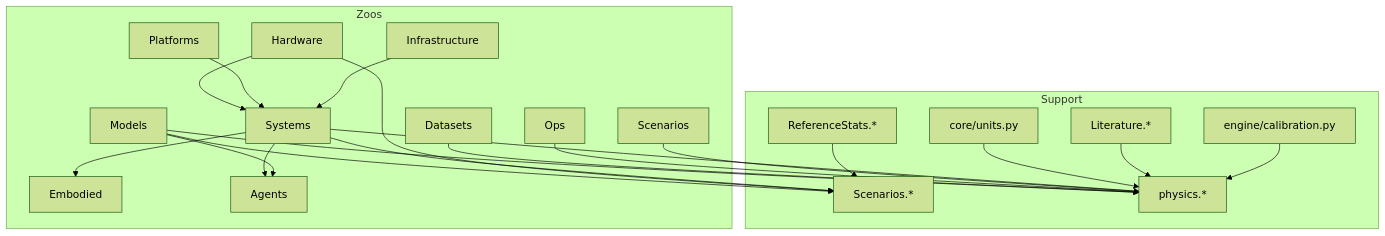
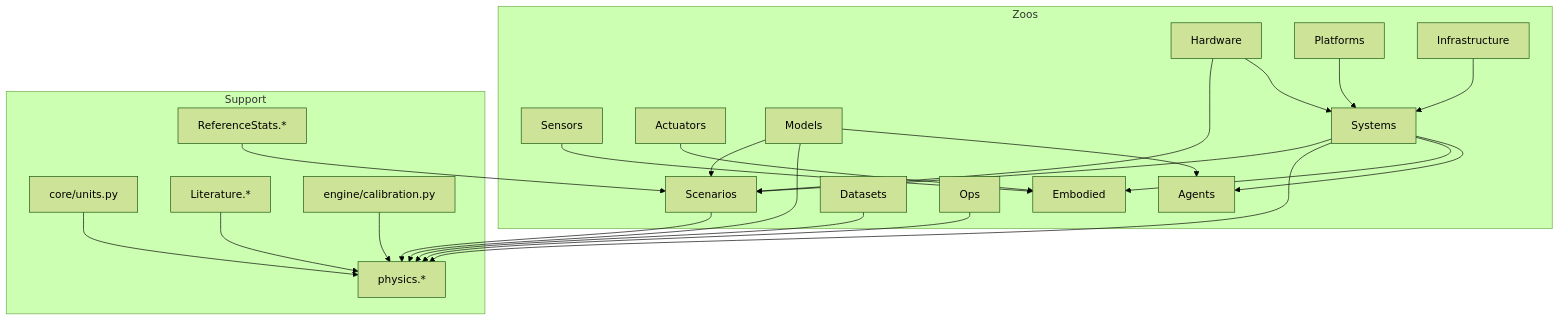
One commit to harvard-edge/cs249r_book changed the diagram in mlsysim/docs/DATA_MODEL.md. Above: the diagram before and after it, drawn with Mermaid (forest theme). The commit also changed other lines of this file and 17 other files, not shown here.

````diff
--- a/mlsysim/docs/DATA_MODEL.md
+++ b/mlsysim/docs/DATA_MODEL.md
@@ -65,41 +65,44 @@
 ```mermaid
 flowchart TB
   subgraph zoos [Zoos]
     Hardware
     Embodied
+    Sensors
+    Actuators
     Agents
     Models
     Datasets
     Platforms
     Infrastructure
     Systems
     Ops
     Scenarios
   end
   subgraph support [Support]
     units[core/units.py]
     literature[Literature.*]
-    scenarios[Scenarios.*]
     referenceStats[ReferenceStats.*]
     calibration[engine/calibration.py]
     physics[physics.*]
   end
   Hardware --> Systems
   Platforms --> Systems
   Infrastructure --> Systems
+  Sensors --> Embodied
+  Actuators --> Embodied
   Systems --> Agents
   Systems --> Embodied
   Models --> Agents
   Models --> physics
   Datasets --> physics
   units --> physics
   literature --> physics
   Ops --> physics
   Scenarios --> physics
   calibration --> physics
   Systems --> physics
-  Models --> scenarios
-  Hardware --> scenarios
-  Systems --> scenarios
-  referenceStats --> scenarios
+  Models --> Scenarios
+  Hardware --> Scenarios
+  Systems --> Scenarios
+  referenceStats --> Scenarios
 ```
````
